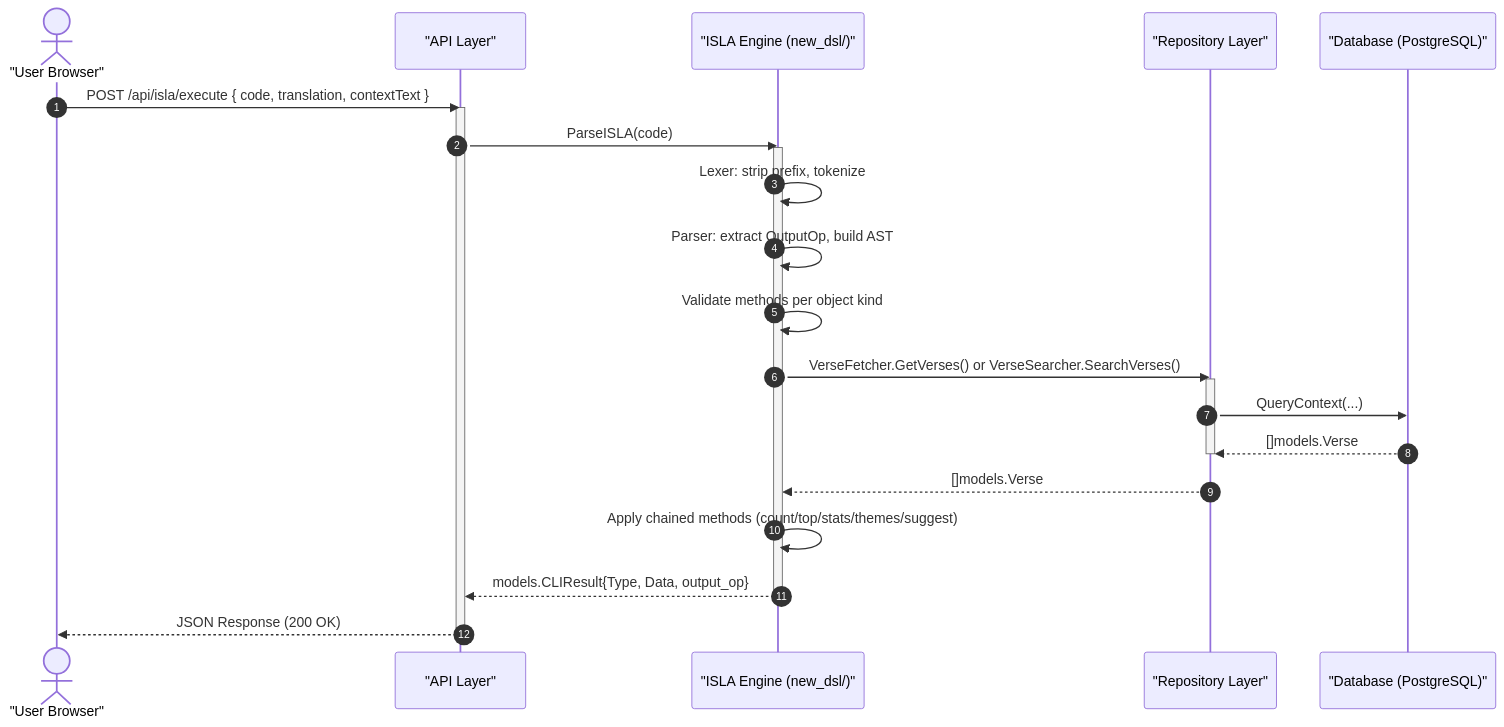
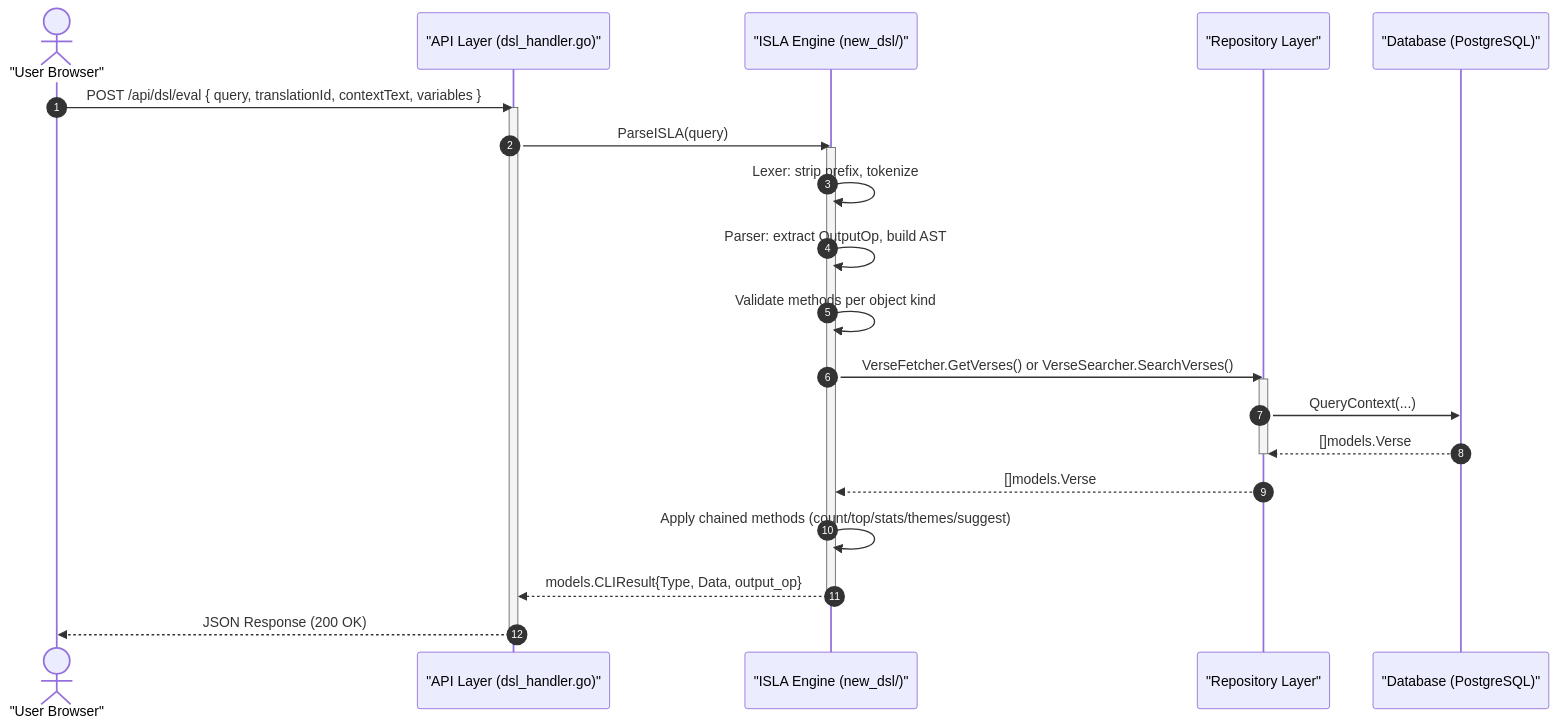
Before and after one commit to mvirtai/clible-v3-go: the third of 3 diagrams in docs/architecture/overview.md, drawn with Mermaid. The commit also changed other lines of this file and 12 other files, not shown here.

````diff
--- a/docs/architecture/overview.md
+++ b/docs/architecture/overview.md
@@ -176,28 +176,28 @@
 ```mermaid
 sequenceDiagram
     autonumber
     actor User as "User Browser"
-    participant API as "API Layer"
+    participant API as "API Layer (dsl_handler.go)"
     participant ISLA as "ISLA Engine (new_dsl/)"
     participant DB as "Repository Layer"
     participant SQL as "Database (PostgreSQL)"
 
-    User->>API: POST /api/isla/execute { code, translation, contextText }
+    User->>API: POST /api/dsl/eval { query, translationId, contextText, variables }
     activate API
-    API->>ISLA: ParseISLA(code)
+    API->>ISLA: ParseISLA(query)
     activate ISLA
     ISLA->>ISLA: Lexer: strip prefix, tokenize
     ISLA->>ISLA: Parser: extract OutputOp, build AST
     ISLA->>ISLA: Validate methods per object kind
     ISLA->>DB: VerseFetcher.GetVerses() or VerseSearcher.SearchVerses()
     activate DB
     DB->>SQL: QueryContext(...)
     SQL-->>DB: []models.Verse
     deactivate DB
     DB-->>ISLA: []models.Verse
     ISLA->>ISLA: Apply chained methods (count/top/stats/themes/suggest)
     ISLA-->>API: models.CLIResult{Type, Data, output_op}
     deactivate ISLA
     API-->>User: JSON Response (200 OK)
     deactivate API
 ```
````
